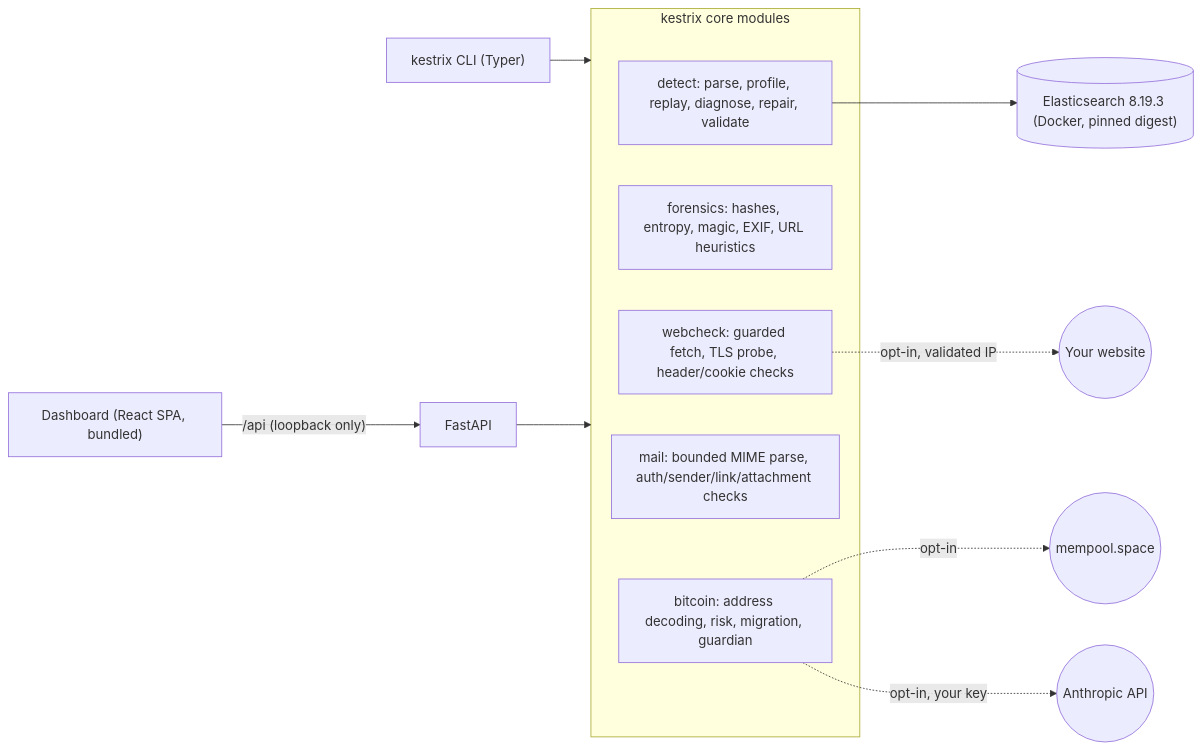
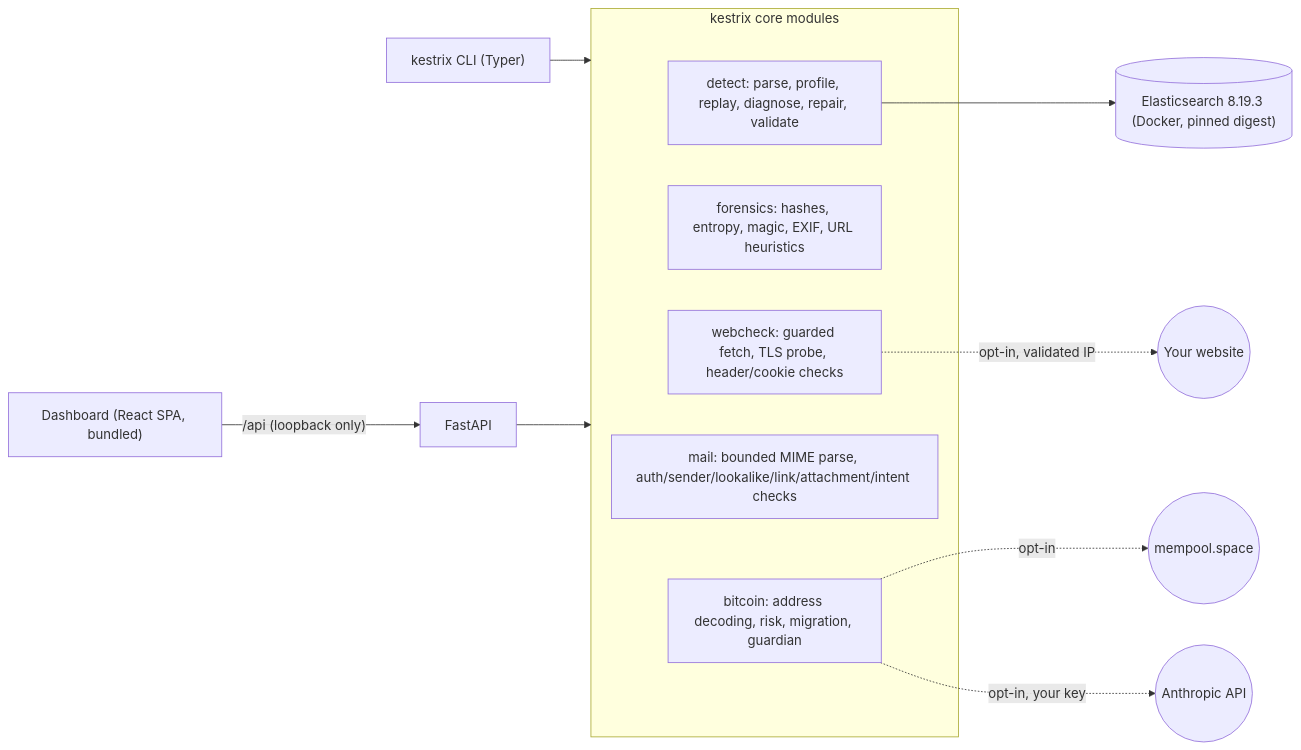
One commit to Ruthvik-Bandari/kestrix changed the diagram in README.md. Above: the diagram before and after it, drawn with Mermaid. The commit also changed other lines of this file and 25 other files, not shown here.

First line of the commit message:
Mail slice 2: look-alike domain and intent analyzers, Email check dashboard page

````diff
--- a/README.md
+++ b/README.md
@@ -246,17 +254,17 @@
 ```mermaid
 flowchart LR
   CLI["kestrix CLI (Typer)"] --> Core
   UI["Dashboard (React SPA, bundled)"] -->|"/api (loopback only)"| API["FastAPI"]
   API --> Core
   subgraph Core["kestrix core modules"]
     D["detect: parse, profile, replay, diagnose, repair, validate"]
     F["forensics: hashes, entropy, magic, EXIF, URL heuristics"]
     W["webcheck: guarded fetch, TLS probe, header/cookie checks"]
-    M["mail: bounded MIME parse, auth/sender/link/attachment checks"]
+    M["mail: bounded MIME parse, auth/sender/lookalike/link/attachment/intent checks"]
     B["bitcoin: address decoding, risk, migration, guardian"]
   end
   D --> ES[("Elasticsearch 8.19.3 (Docker, pinned digest)")]
   W -.->|"opt-in, validated IP"| Internet((Your website))
   B -.->|"opt-in"| Mempool((mempool.space))
   B -.->|"opt-in, your key"| Claude((Anthropic API))
 ```
````
